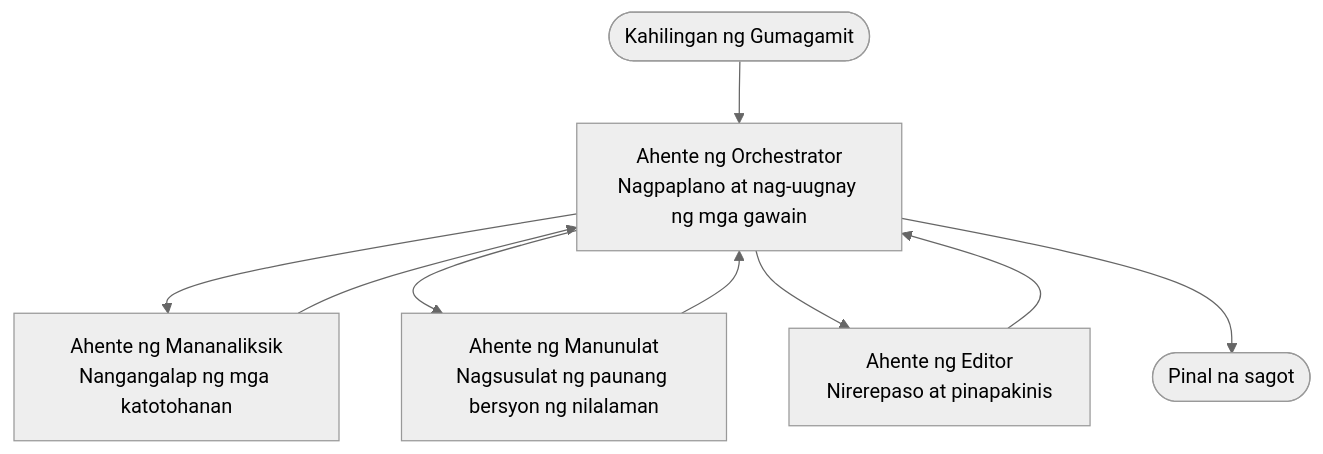
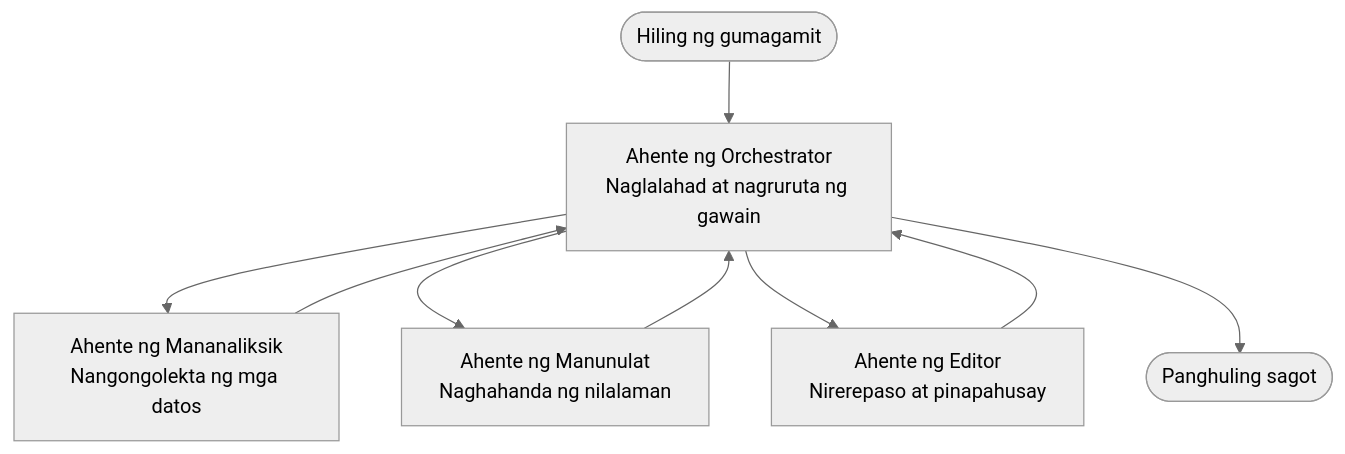
One commit to microsoft/AZD-for-beginners changed the diagram in translations/tl/docs/chapter-05-multi-agent/multi-agent-basics.md. Above: the diagram before and after it, drawn with Mermaid (neutral theme). The commit also changed other lines of this file and 58 other files, not shown here.

````diff
--- a/translations/tl/docs/chapter-05-multi-agent/multi-agent-basics.md
+++ b/translations/tl/docs/chapter-05-multi-agent/multi-agent-basics.md
@@ -43,11 +43,11 @@
 ```mermaid
 graph TD
-    User([Kahilingan ng Gumagamit]) --> Orchestrator[Ahente ng Orchestrator<br/>Nagpaplano at nag-uugnay ng mga gawain]
-    Orchestrator --> Researcher[Ahente ng Mananaliksik<br/>Nangangalap ng mga katotohanan]
-    Orchestrator --> Writer[Ahente ng Manunulat<br/>Nagsusulat ng paunang bersyon ng nilalaman]
-    Orchestrator --> Editor[Ahente ng Editor<br/>Nirerepaso at pinapakinis]
+    User([Hiling ng gumagamit]) --> Orchestrator[Ahente ng Orchestrator<br/>Naglalahad at nagruruta ng gawain]
+    Orchestrator --> Researcher[Ahente ng Mananaliksik<br/>Nangongolekta ng mga datos]
+    Orchestrator --> Writer[Ahente ng Manunulat<br/>Naghahanda ng nilalaman]
+    Orchestrator --> Editor[Ahente ng Editor<br/>Nirerepaso at pinapahusay]
     Researcher --> Orchestrator
     Writer --> Orchestrator
     Editor --> Orchestrator
-    Orchestrator --> Result([Pinal na sagot])
+    Orchestrator --> Result([Panghuling sagot])
 ```
````
